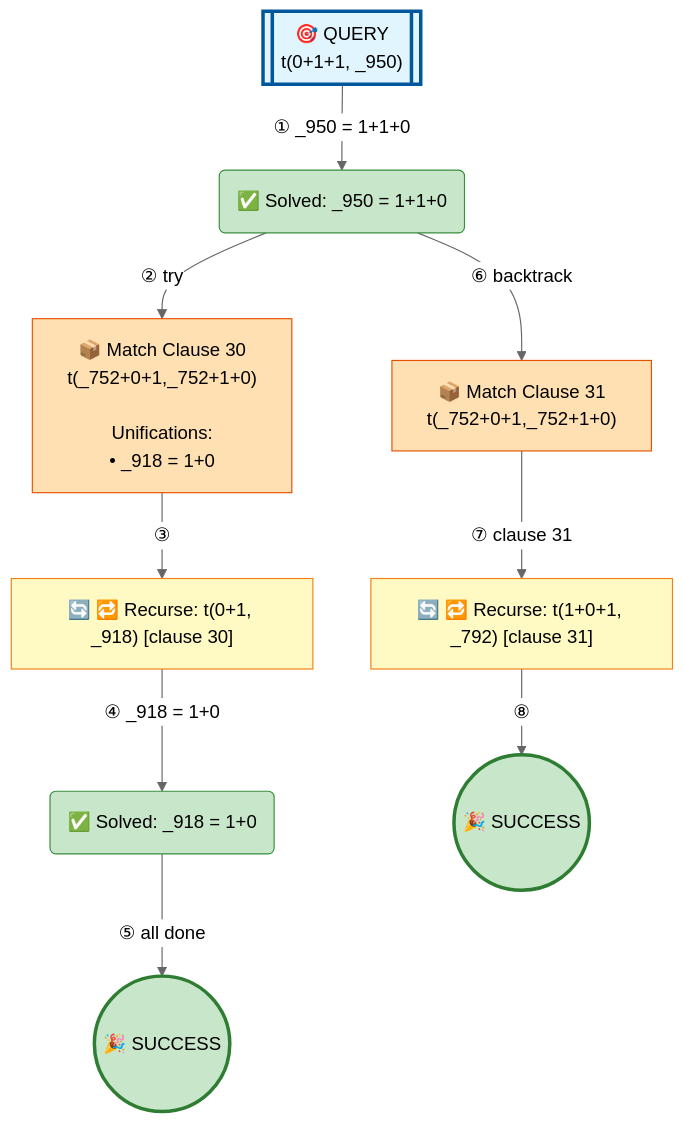
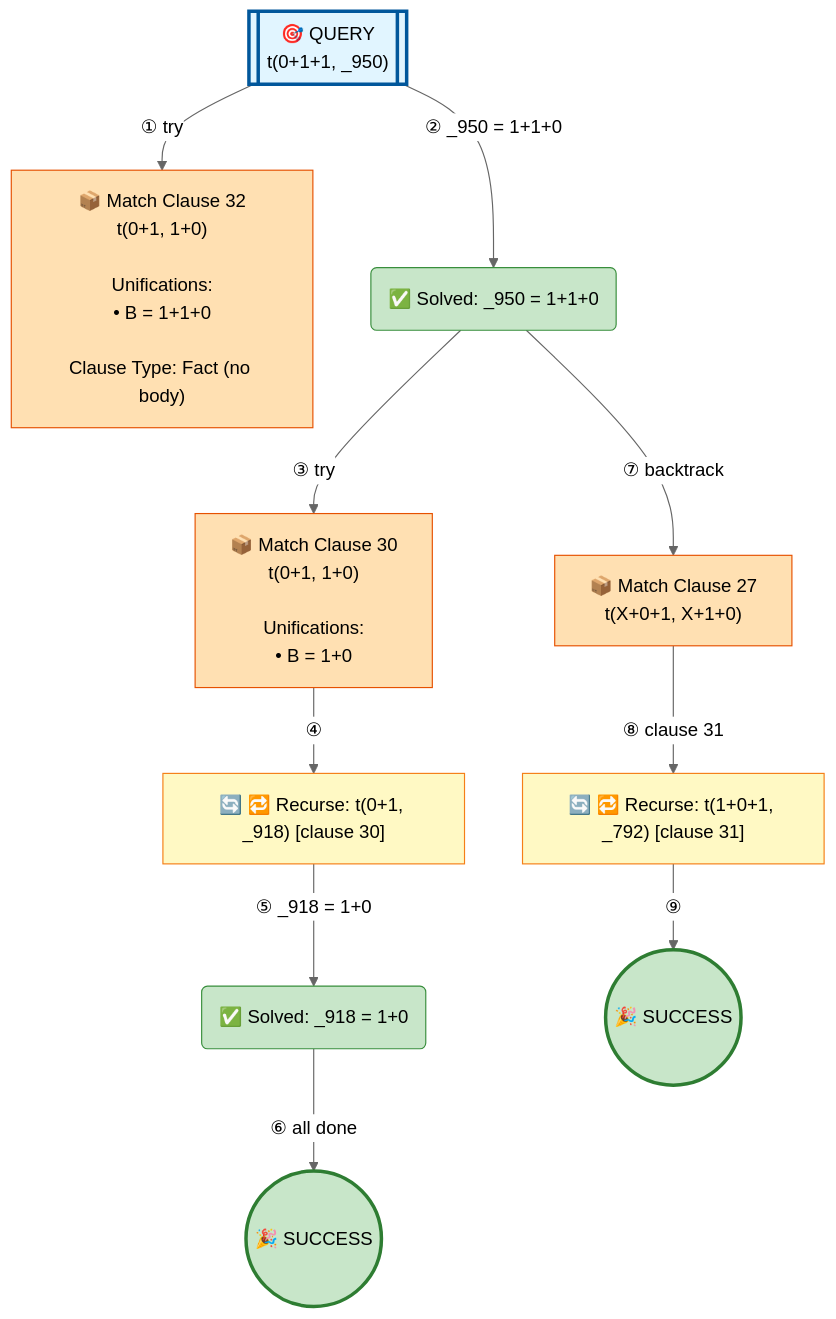
Before and after one commit to jarecsni/prolog-trace-viz: the diagram in examples/3_3_operators-output.md, drawn with Mermaid (neutral theme). The commit also changed other lines of this file and 26 other files, not shown here.

````diff
--- a/examples/3_3_operators-output.md
+++ b/examples/3_3_operators-output.md
@@ -17,35 +21,38 @@
 ```mermaid
 graph TD
 
 %% Nodes
 A[["🎯 QUERY<br/>t(0+1+1, _950)"]]
-B("✅ Solved: _950 = 1+1+0")
-C["🔄 🔁 Recurse: t(0+1, _918) [clause 30]"]
-D["📦 Match Clause 30<br/>t(_752+0+1,_752+1+0)<br/><br/>Unifications:<br/>• _918 = 1+0"]
-E("✅ Solved: _918 = 1+0")
-F(("🎉 SUCCESS"))
-G["📦 Match Clause 31<br/>t(_752+0+1,_752+1+0)"]
-H["🔄 🔁 Recurse: t(1+0+1, _792) [clause 31]"]
-I(("🎉 SUCCESS"))
+B["📦 Match Clause 32<br/>t(0+1, 1+0)<br/><br/>Unifications:<br/>• B = 1+1+0<br/><br/>Clause Type: Fact (no body)"]
+C("✅ Solved: _950 = 1+1+0")
+D["🔄 🔁 Recurse: t(0+1, _918) [clause 30]"]
+E["📦 Match Clause 30<br/>t(0+1, 1+0)<br/><br/>Unifications:<br/>• B = 1+0"]
+F("✅ Solved: _918 = 1+0")
+G(("🎉 SUCCESS"))
+H["📦 Match Clause 27<br/>t(X+0+1, X+1+0)"]
+I["🔄 🔁 Recurse: t(1+0+1, _792) [clause 31]"]
+J(("🎉 SUCCESS"))
 
 %% Edges
-A -->|"① _950 = 1+1+0"| B
-B -->|"② try"| D
-D -->|"③"| C
-C -->|"④ _918 = 1+0"| E
-E -->|"⑤ all done"| F
-B -->|"⑥ backtrack"| G
-G -->|"⑦ clause 31"| H
-H -->|"⑧"| I
+A -->|"① try"| B
+A -->|"② _950 = 1+1+0"| C
+C -->|"③ try"| E
+E -->|"④"| D
+D -->|"⑤ _918 = 1+0"| F
+F -->|"⑥ all done"| G
+C -->|"⑦ backtrack"| H
+H -->|"⑧ clause 31"| I
+I -->|"⑨"| J
 
 %% Styles
 style A fill:#e1f5ff,stroke:#01579b,stroke-width:3px
-style B fill:#c8e6c9,stroke:#388e3c
-style C fill:#fff9c4,stroke:#f57f17
-style D fill:#ffe0b2,stroke:#e65100
-style E fill:#c8e6c9,stroke:#388e3c
-style F fill:#c8e6c9,stroke:#2e7d32,stroke-width:3px
-style G fill:#ffe0b2,stroke:#e65100
-style H fill:#fff9c4,stroke:#f57f17
-style I fill:#c8e6c9,stroke:#2e7d32,stroke-width:3px
+style B fill:#ffe0b2,stroke:#e65100
+style C fill:#c8e6c9,stroke:#388e3c
+style D fill:#fff9c4,stroke:#f57f17
+style E fill:#ffe0b2,stroke:#e65100
+style F fill:#c8e6c9,stroke:#388e3c
+style G fill:#c8e6c9,stroke:#2e7d32,stroke-width:3px
+style H fill:#ffe0b2,stroke:#e65100
+style I fill:#fff9c4,stroke:#f57f17
+style J fill:#c8e6c9,stroke:#2e7d32,stroke-width:3px
 ```
````
